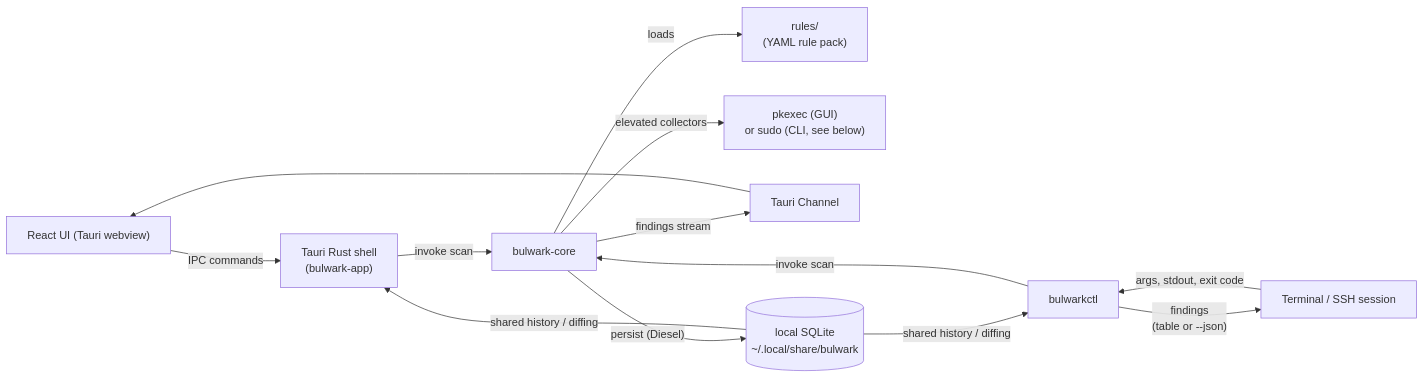
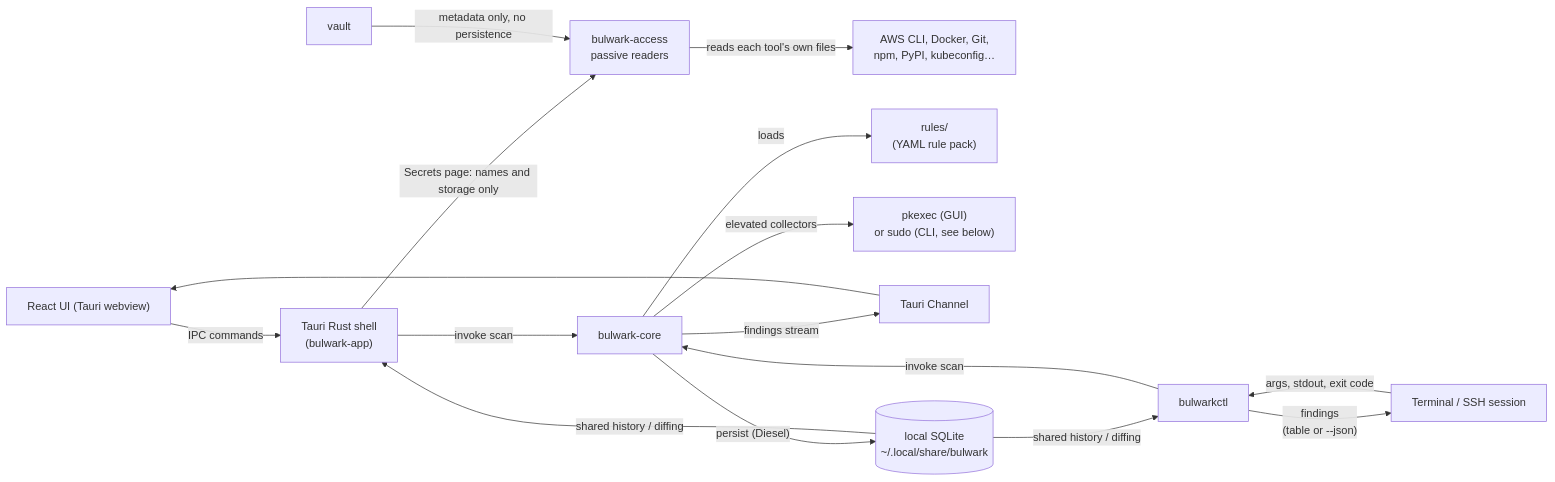
Before and after one commit to vietanhdev/bulwark: the second of 9 diagrams in docs/guide/architecture.md, drawn with Mermaid. The commit also changed other lines of this file and 164 other files, not shown here.

````diff
--- a/docs/guide/architecture.md
+++ b/docs/guide/architecture.md
@@ -101,15 +101,18 @@
 ```mermaid
 flowchart LR
   ui["React UI (Tauri webview)"] -->|"IPC commands"| shell["Tauri Rust shell<br/>(bulwark-app)"]
   term["Terminal / SSH session"] -->|"args, stdout, exit code"| cli["bulwarkctl"]
+  shell -->|"Secrets page: names and storage only"| access["bulwark-access<br/>passive readers"]
+  access -->|"reads each tool's own files"| stores["AWS CLI, Docker, Git,<br/>npm, PyPI, kubeconfig…"]
+  vault -->|"metadata only, no persistence"| access
   shell -->|"invoke scan"| core["bulwark-core"]
   cli -->|"invoke scan"| core
   core -->|"loads"| rules["rules/<br/>(YAML rule pack)"]
   core -->|"elevated collectors"| pkexec["pkexec (GUI)<br/>or sudo (CLI, see below)"]
   core -->|"findings stream"| channel["Tauri Channel"]
   channel --> ui
   cli -->|"findings<br/>(table or --json)"| term
   core -->|"persist (Diesel)"| db[("local SQLite<br/>~/.local/share/bulwark")]
   db -->|"shared history / diffing"| shell
   db -->|"shared history / diffing"| cli
 ```
````
